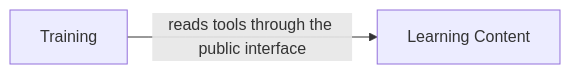
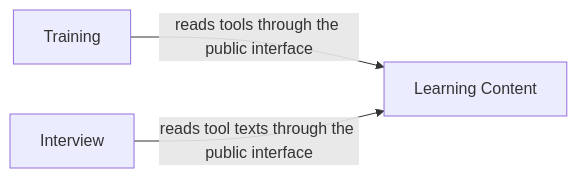
One commit to juoxe/tech_wise_academy changed the diagram in docu/architecture/context-map.md. Above: the diagram before and after it, drawn with Mermaid. The commit also changed other lines of this file and 22 other files, not shown here.

````diff
--- a/docu/architecture/context-map.md
+++ b/docu/architecture/context-map.md
@@ -19,4 +20,5 @@
 ```mermaid
 flowchart LR
     Training -->|reads tools through the public interface| LearningContent[Learning Content]
+    Interview -->|reads tool texts through the public interface| LearningContent
 ```
````
